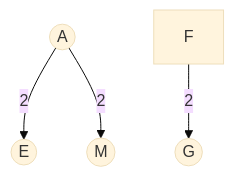
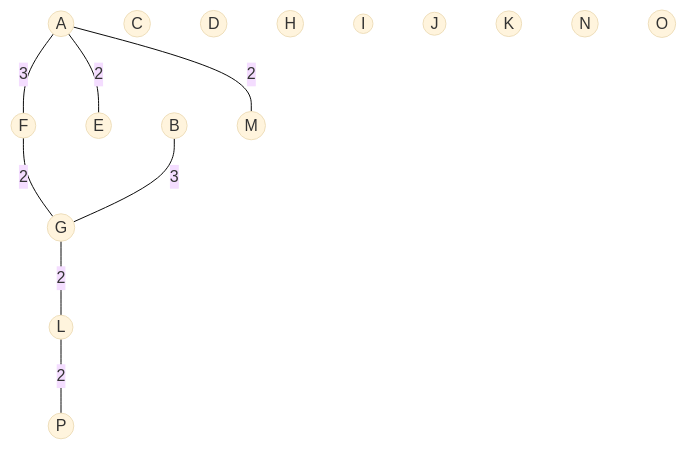
Before and after one commit to olywoolsey/Notes: the second of 2 diagrams in Assessments/Algorithms 1.md, drawn with Mermaid (base theme).

Commit message:
vault backup: 2024-02-21 20:37:26

````diff
--- a/Assessments/Algorithms 1.md
+++ b/Assessments/Algorithms 1.md
@@ -43,6 +43,26 @@
 ```mermaid
 graph
-A((A)) -- 2 --> E((E))
-	 A -- 2 --> M((M))
-	 F -- 2 --> G((G))
+A((A))
+B((B))
+C((C))
+D((D))
+E((E))
+F((F))
+G((G))
+H((H))
+I((I))
+J((J))
+K((K))
+L((L))
+M((M))
+N((N))
+O((O))
+P((P))
+A -- 2 --- E
+A -- 2 --- M
+F -- 2 --- G
+G -- 2 --- L
+L -- 2 --- P
+A -- 3 --- F
+B -- 3 --- G
 ```
````
